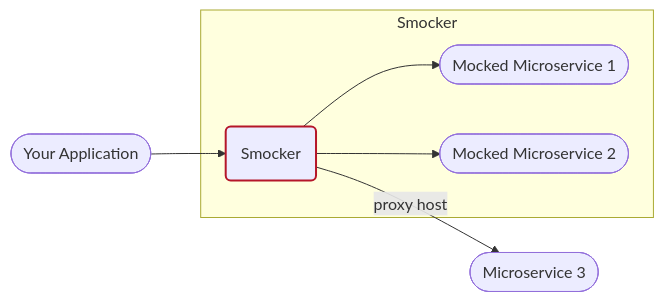
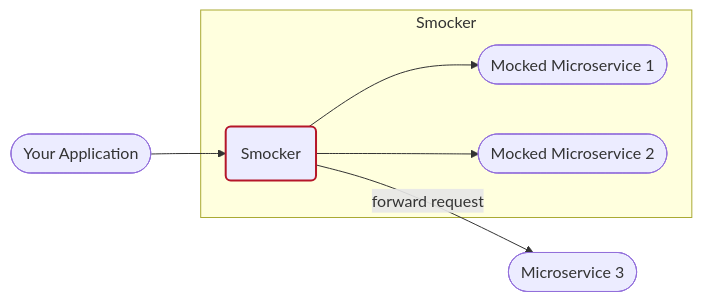
One commit to smocker-dev/smocker changed the second of 4 diagrams in docs/guide/README.md. Above: the diagram before and after it, drawn with Mermaid. The commit also changed other lines of this file and 3 other files, not shown here.

````diff
--- a/docs/guide/README.md
+++ b/docs/guide/README.md
@@ -33,19 +33,19 @@
 ```mermaid
 graph LR
   App([Your Application])
   M1([Mocked Microservice 1])
   M2([Mocked Microservice 2])
   M3([Microservice 3])
   S(Smocker)
 
   App --> S
 
   subgraph Smocker
     S --> M1
     S --> M2
   end
 
-  S --proxy host--> M3
+  S --forward request--> M3
 
   style S stroke:#b51629,stroke-width:2px
 ```
````
